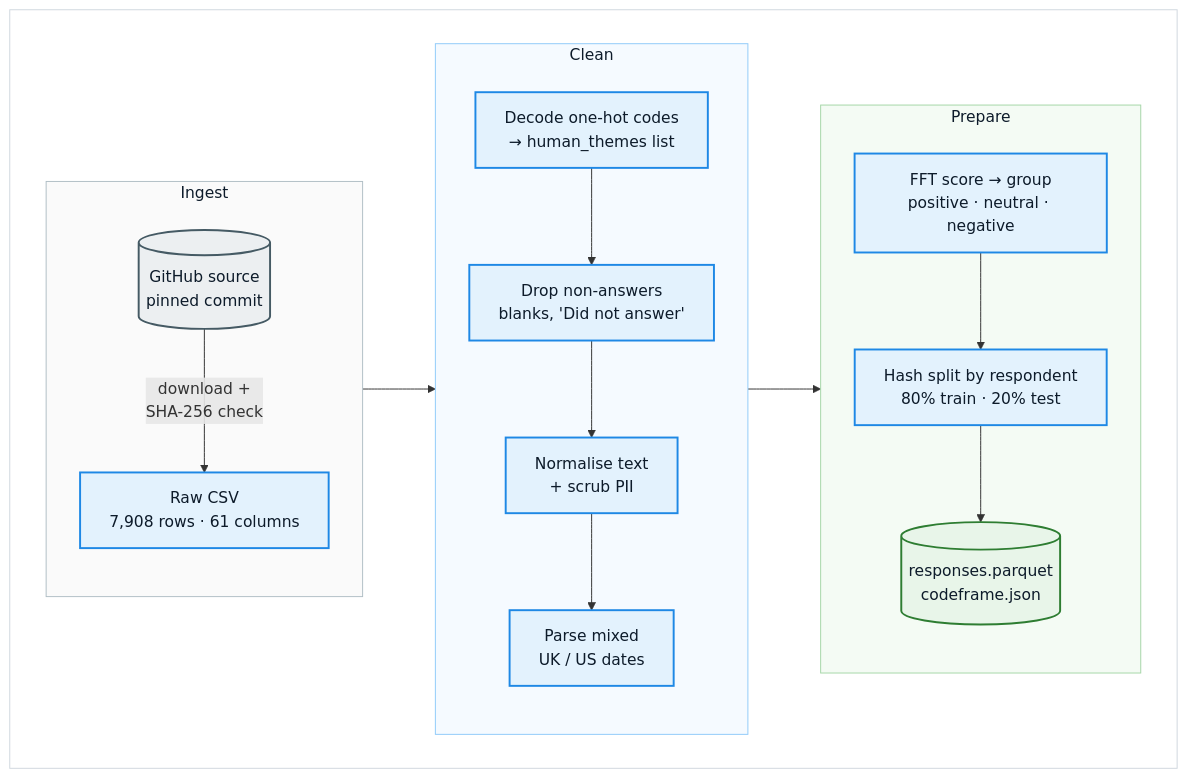
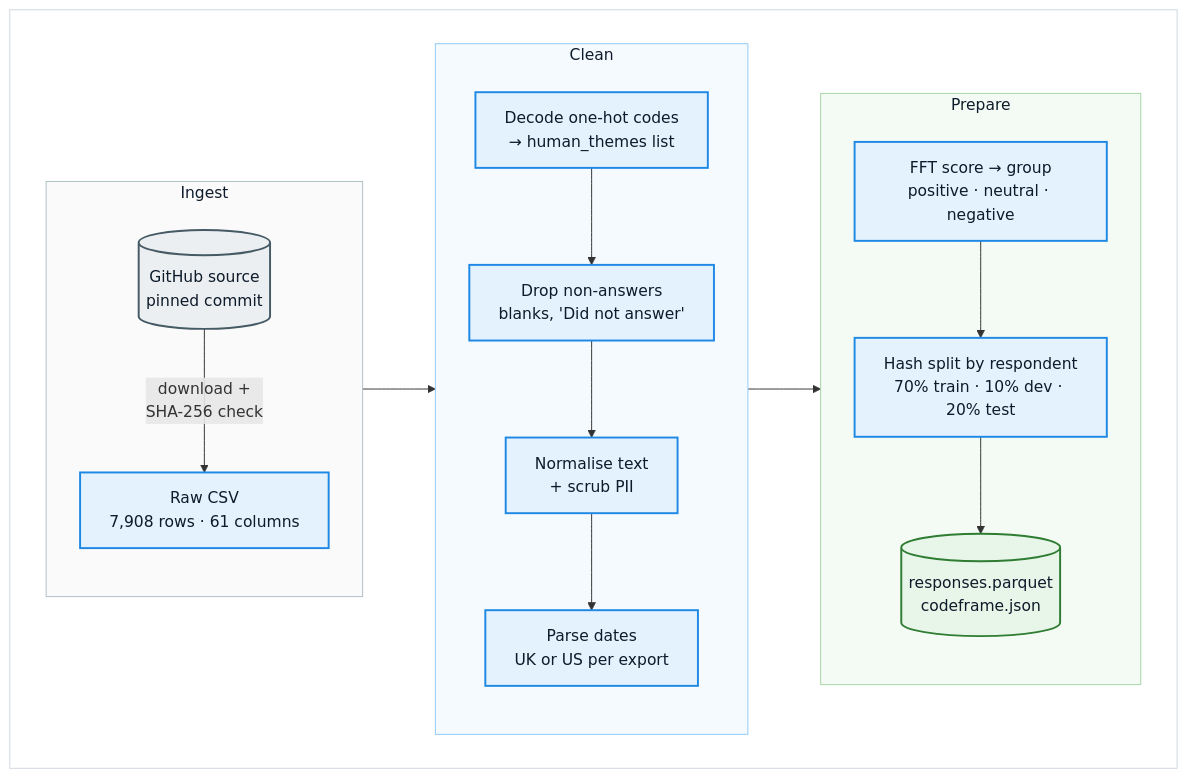
Before and after one commit to ryan-backer-ds/agentic-verbatim-coding: the sixth of 8 diagrams in README.md, drawn with Mermaid. The commit also changed other lines of this file and 39 other files, not shown here.

````diff
--- a/README.md
+++ b/README.md
@@ -348,36 +363,36 @@
 ```mermaid
 %%{init: {'theme': 'default'}}%%
 flowchart LR
     subgraph FRAME[" "]
         direction LR
         subgraph IN["Ingest"]
             direction TB
             A[("GitHub source<br/>pinned commit")] -- "download +<br/>SHA-256 check" --> B["Raw CSV<br/>7,908 rows · 61 columns"]
         end
 
         subgraph CL["Clean"]
             direction TB
             C["Decode one-hot codes<br/>→ human_themes list"] --> D["Drop non-answers<br/>blanks, 'Did not answer'"]
-            D --> E["Normalise text<br/>+ scrub PII"] --> E2["Parse mixed<br/>UK / US dates"]
+            D --> E["Normalise text<br/>+ scrub PII"] --> E2["Parse dates<br/>UK or US per export"]
         end
 
         subgraph PR["Prepare"]
             direction TB
-            F["FFT score → group<br/>positive · neutral · negative"] --> G["Hash split by respondent<br/>80% train · 20% test"]
+            F["FFT score → group<br/>positive · neutral · negative"] --> G["Hash split by respondent<br/>70% train · 10% dev · 20% test"]
             G --> H[("responses.parquet<br/>codeframe.json")]
         end
 
         IN --> CL --> PR
     end
 
     classDef src fill:#ECEFF1,stroke:#455A64,stroke-width:2px,color:#0D1B2A
     classDef step fill:#E3F2FD,stroke:#1E88E5,stroke-width:2px,color:#0D1B2A
     classDef out fill:#E8F5E9,stroke:#2E7D32,stroke-width:2px,color:#0D1B2A
     class A src
     class B,C,D,E,E2,F,G step
     class H out
     style IN fill:#FAFAFA,stroke:#B0BEC5,color:#0D1B2A
     style CL fill:#F5FAFF,stroke:#90CAF9,color:#0D1B2A
     style PR fill:#F4FBF4,stroke:#A5D6A7,color:#0D1B2A
     style FRAME fill:#FFFFFF,stroke:#D0D7DE,stroke-width:1px,color:#FFFFFF
 ```
````
